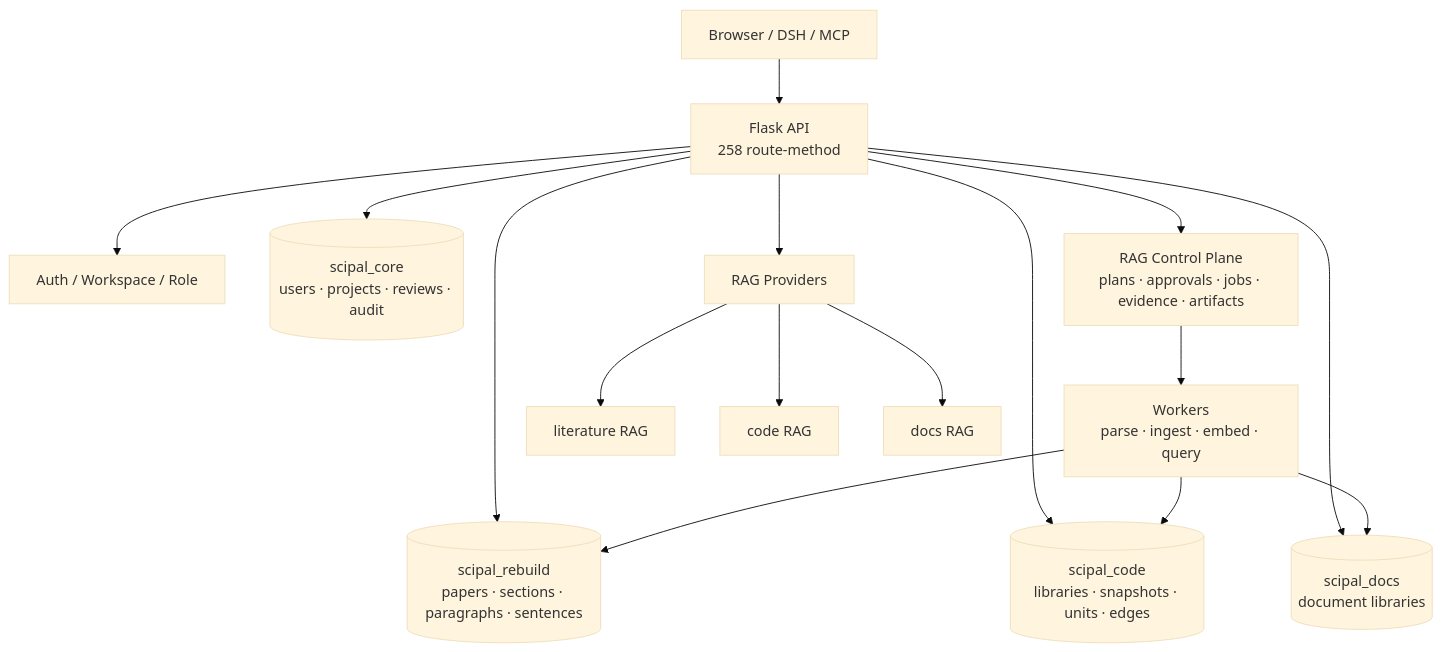
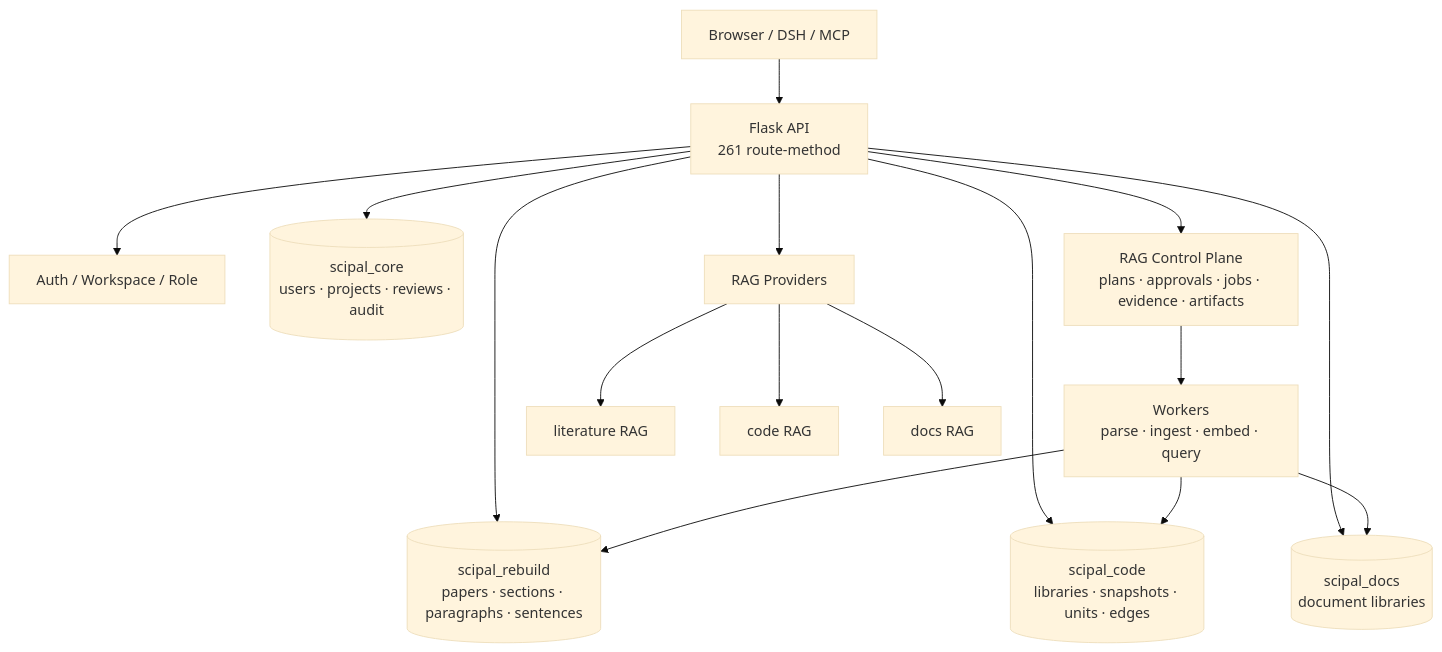
The first of 2 diagrams in README.md (williamchen520/sci-pal), drawn with Mermaid (base theme) before and after one commit. The commit also changed other lines of this file and 12 other files, not shown here.

````diff
--- a/README.md
+++ b/README.md
@@ -77,20 +77,20 @@
 ```mermaid
 flowchart TB
-    U["Browser / DSH / MCP"] --> API["Flask API<br/>258 route-method"]
+    U["Browser / DSH / MCP"] --> API["Flask API<br/>261 route-method"]
     API --> AUTH["Auth / Workspace / Role"]
     API --> CORE[("scipal_core<br/>users · projects · reviews · audit")]
     API --> CORPUS[("scipal_rebuild<br/>papers · sections · paragraphs · sentences")]
     API --> CODE[("scipal_code<br/>libraries · snapshots · units · edges")]
     API --> DOCS[("scipal_docs<br/>document libraries")]
 
     API --> CP["RAG Control Plane<br/>plans · approvals · jobs · evidence · artifacts"]
     CP --> WORKER["Workers<br/>parse · ingest · embed · query"]
     WORKER --> CORPUS
     WORKER --> CODE
     WORKER --> DOCS
 
     API --> PROV["RAG Providers"]
     PROV --> LIT["literature RAG"]
     PROV --> CRAG["code RAG"]
     PROV --> DRAG["docs RAG"]
 ```
````
